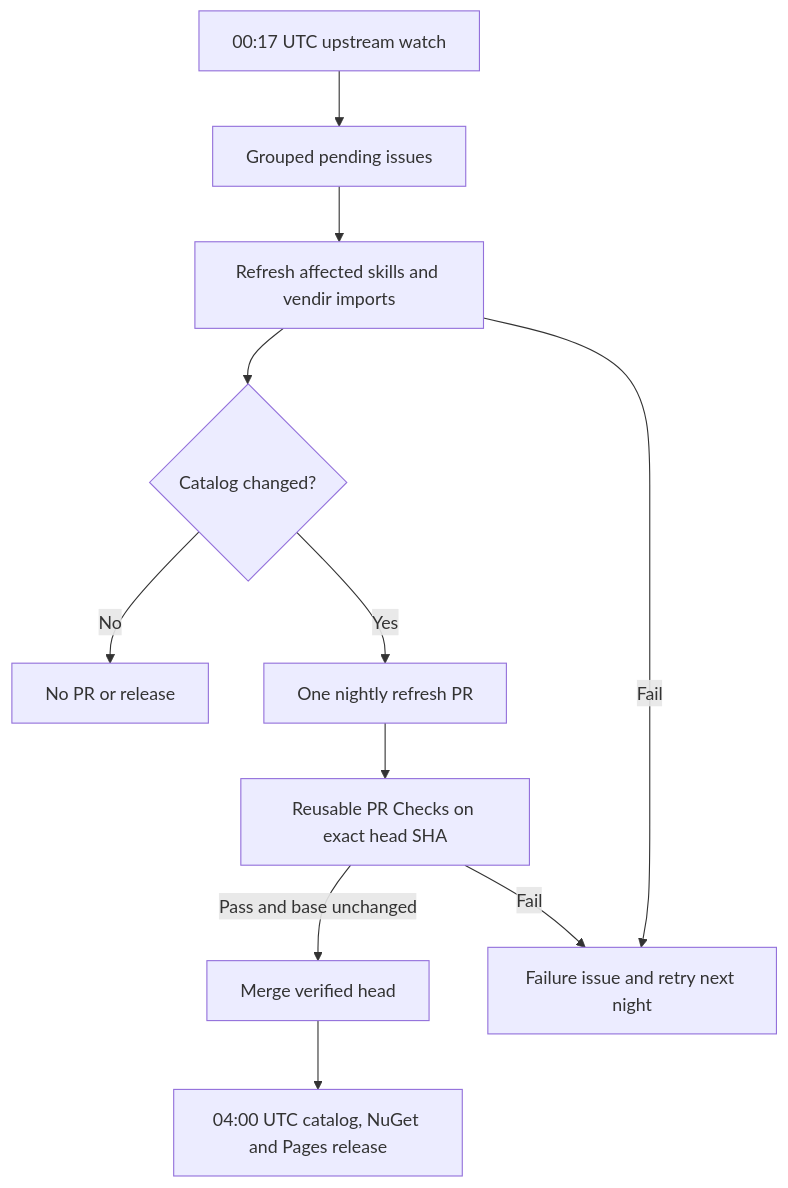
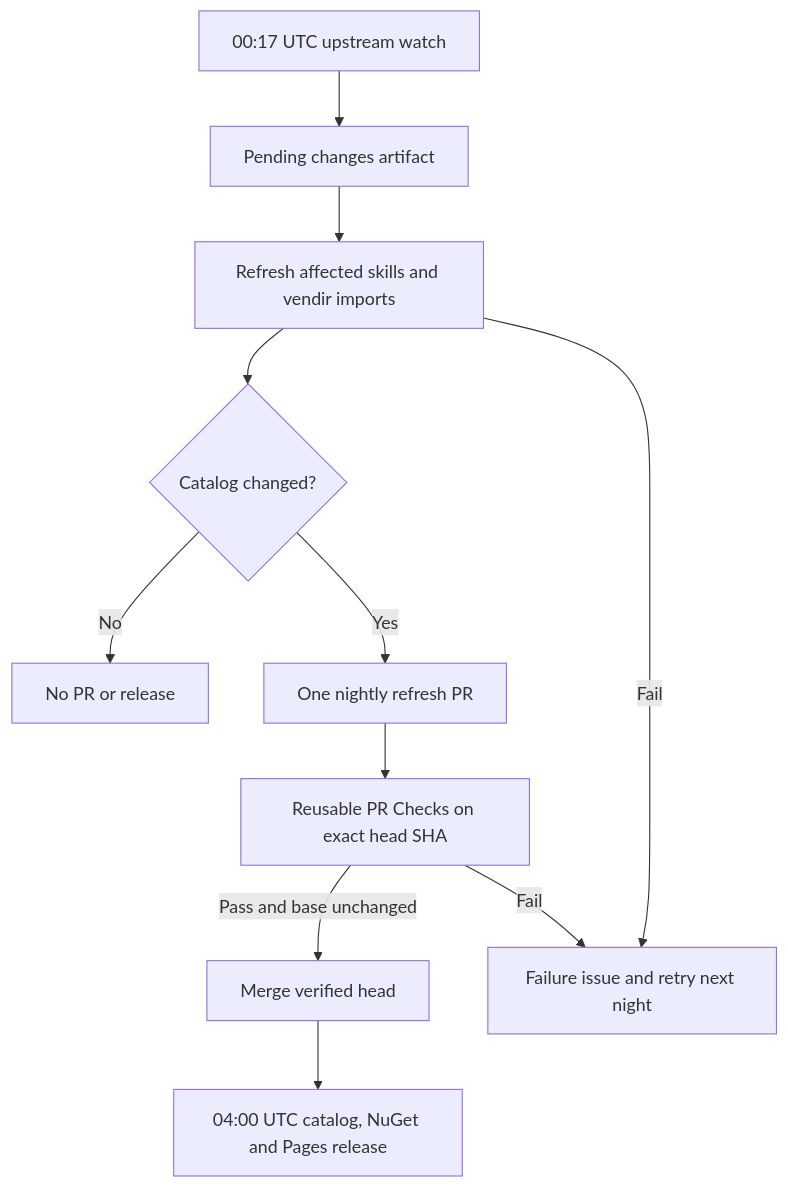
The diagram in docs/nightly-refresh-plan.md (jianyuyanyu/dotnet-skills), drawn with Mermaid before and after one commit. The commit also changed other lines of this file and 13 other files, not shown here.

````diff
--- a/docs/nightly-refresh-plan.md
+++ b/docs/nightly-refresh-plan.md
@@ -13,13 +13,13 @@
 ```mermaid
 flowchart TD
-  Watch[00:17 UTC upstream watch] --> Queue[Grouped pending issues]
+  Watch[00:17 UTC upstream watch] --> Queue[Pending changes artifact]
   Queue --> Refresh[Refresh affected skills and vendir imports]
   Refresh --> Changed{Catalog changed?}
   Changed -->|No| Quiet[No PR or release]
   Changed -->|Yes| PR[One nightly refresh PR]
   PR --> Checks[Reusable PR Checks on exact head SHA]
   Checks -->|Pass and base unchanged| Merge[Merge verified head]
   Checks -->|Fail| Failure[Failure issue and retry next night]
   Refresh -->|Fail| Failure
   Merge --> Release[04:00 UTC catalog, NuGet and Pages release]
 ```
````
